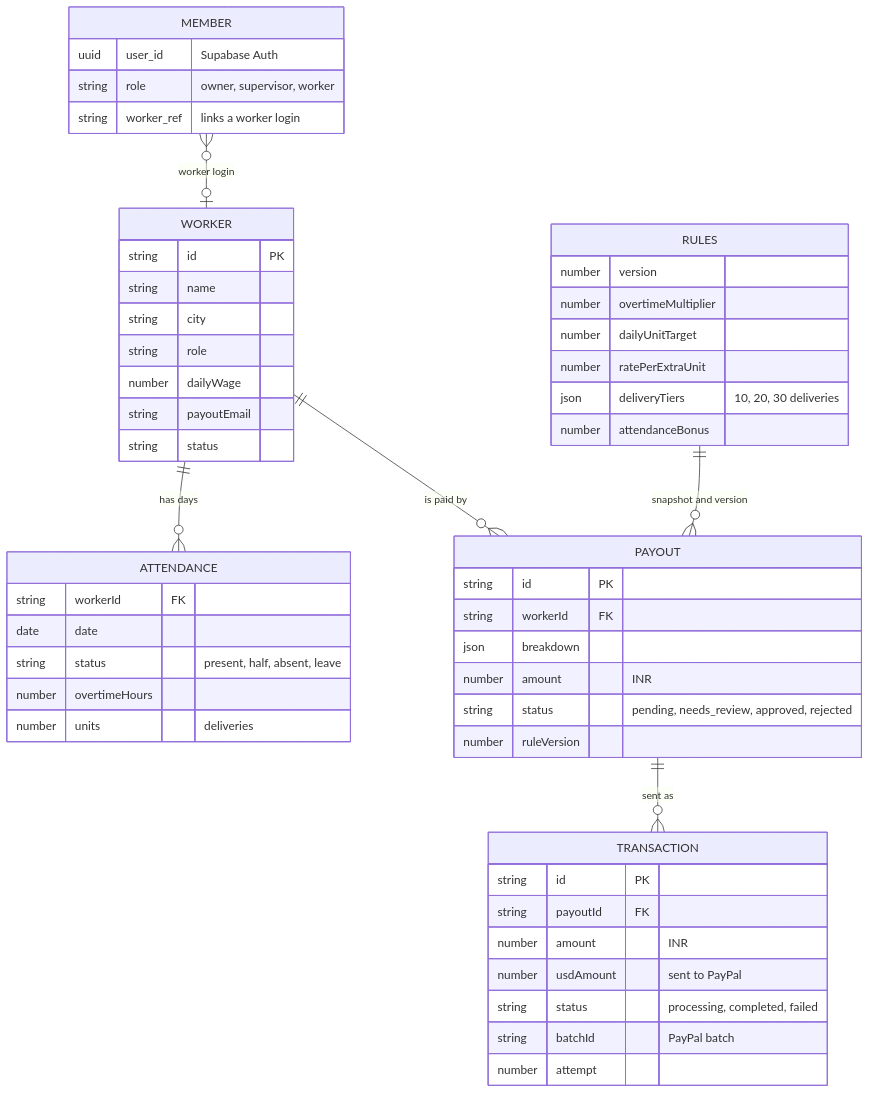
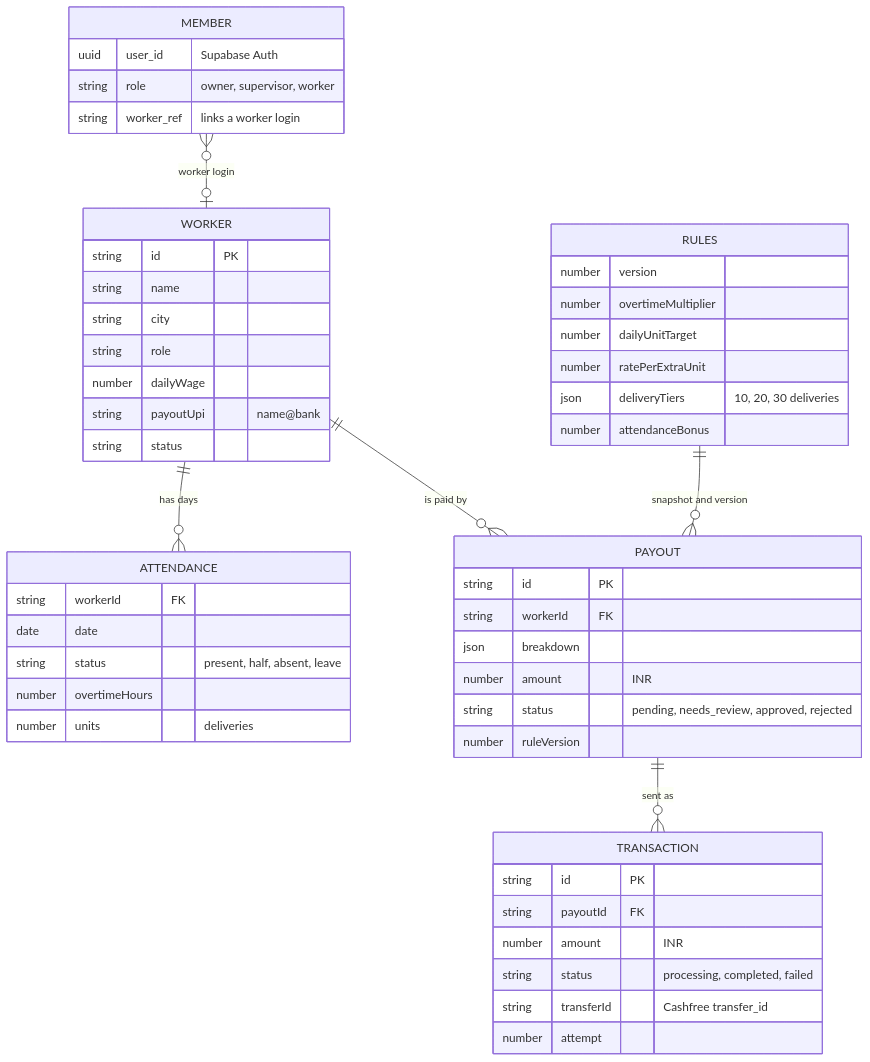
One commit to Agnik47/BolPay changed the eighth of 8 diagrams in README.md. Above: the diagram before and after it, drawn with Mermaid. The commit also changed other lines of this file and 63 other files, not shown here.

````diff
--- a/README.md
+++ b/README.md
@@ -290,55 +290,54 @@
 ```mermaid
 erDiagram
     WORKER ||--o{ ATTENDANCE : "has days"
     WORKER ||--o{ PAYOUT : "is paid by"
     PAYOUT ||--o{ TRANSACTION : "sent as"
     RULES ||--o{ PAYOUT : "snapshot and version"
     MEMBER }o--o| WORKER : "worker login"
 
     WORKER {
         string id PK
         string name
         string city
         string role
         number dailyWage
-        string payoutEmail
+        string payoutUpi "name@bank"
         string status
     }
     ATTENDANCE {
         string workerId FK
         date date
         string status "present, half, absent, leave"
         number overtimeHours
         number units "deliveries"
     }
     RULES {
         number version
         number overtimeMultiplier
         number dailyUnitTarget
         number ratePerExtraUnit
         json deliveryTiers "10, 20, 30 deliveries"
         number attendanceBonus
     }
     PAYOUT {
         string id PK
         string workerId FK
         json breakdown
         number amount "INR"
         string status "pending, needs_review, approved, rejected"
         number ruleVersion
     }
     TRANSACTION {
         string id PK
         string payoutId FK
         number amount "INR"
-        number usdAmount "sent to PayPal"
         string status "processing, completed, failed"
-        string batchId "PayPal batch"
+        string transferId "Cashfree transfer_id"
         number attempt
     }
     MEMBER {
         uuid user_id "Supabase Auth"
         string role "owner, supervisor, worker"
         string worker_ref "links a worker login"
     }
 ```
````
